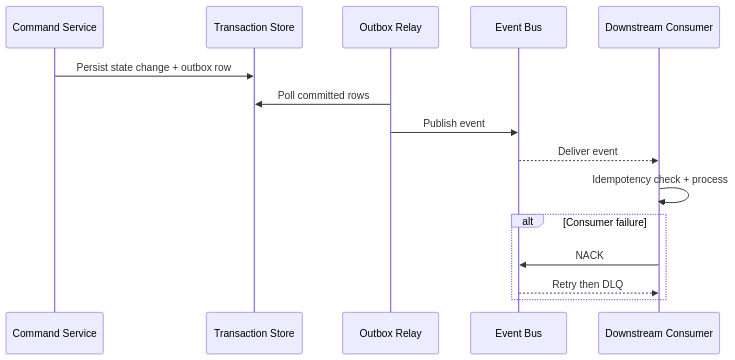
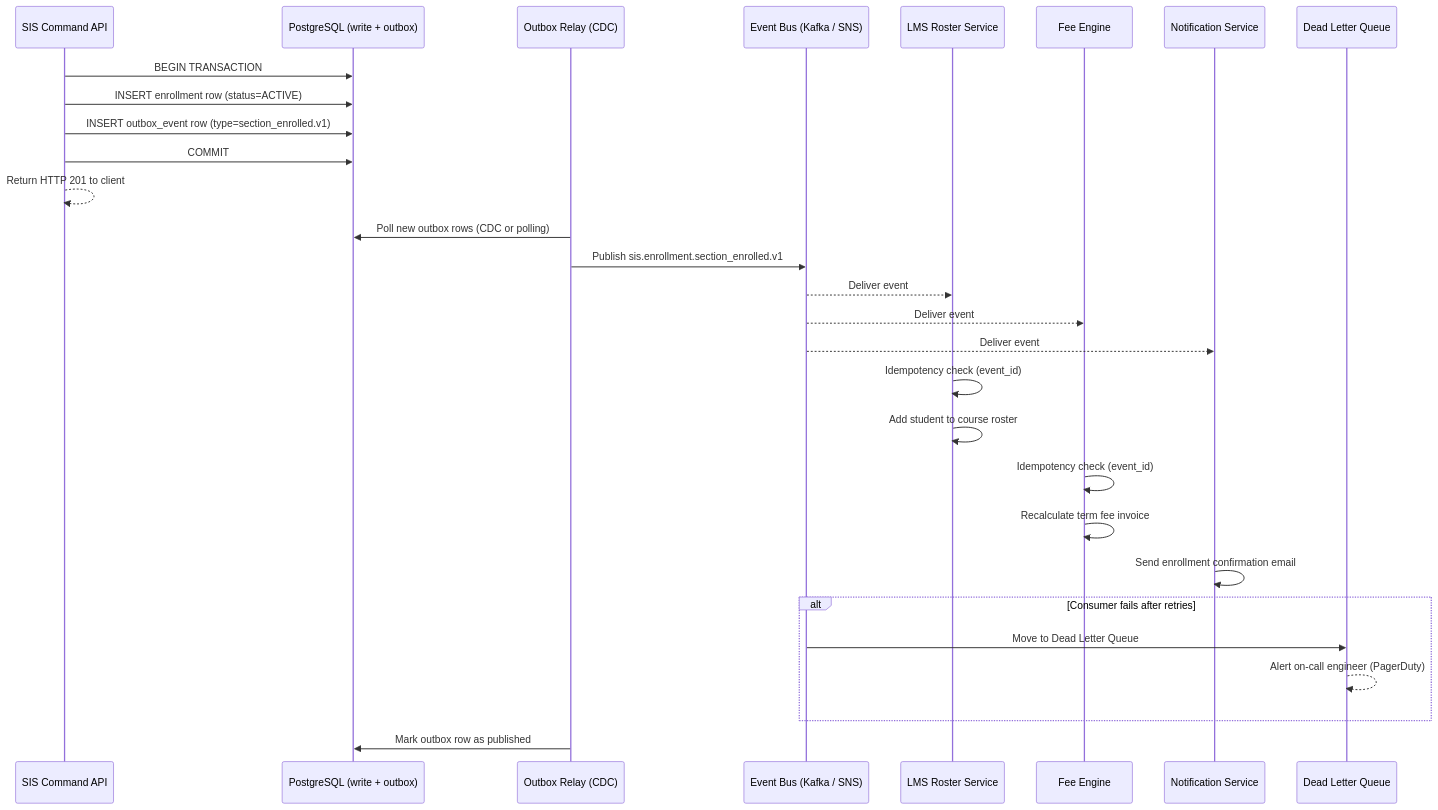
One commit to 0Ankit0/Project-Ideas changed the first of 2 diagrams in Student Information System/analysis/event-catalog.md. Above: the diagram before and after it, drawn with Mermaid. The commit also changed other lines of this file and 3 other files, not shown here.

````diff
--- a/Student Information System/analysis/event-catalog.md
+++ b/Student Information System/analysis/event-catalog.md
@@ -21,17 +140,38 @@
 ```mermaid
 sequenceDiagram
-    participant API as Command Service
-    participant DB as Transaction Store
-    participant Outbox as Outbox Relay
-    participant Bus as Event Bus
-    participant Consumer as Downstream Consumer
-    API->>DB: Persist state change + outbox row
-    Outbox->>DB: Poll committed rows
-    Outbox->>Bus: Publish event
-    Bus-->>Consumer: Deliver event
-    Consumer->>Consumer: Idempotency check + process
-    alt Consumer failure
-        Consumer->>Bus: NACK
-        Bus-->>Consumer: Retry then DLQ
+    participant API as SIS Command API
+    participant DB as PostgreSQL (write + outbox)
+    participant Relay as Outbox Relay (CDC)
+    participant Bus as Event Bus (Kafka / SNS)
+    participant LMS as LMS Roster Service
+    participant Fee as Fee Engine
+    participant Notif as Notification Service
+    participant DLQ as Dead Letter Queue
+
+    API->>DB: BEGIN TRANSACTION
+    API->>DB: INSERT enrollment row (status=ACTIVE)
+    API->>DB: INSERT outbox_event row (type=section_enrolled.v1)
+    API->>DB: COMMIT
+    API-->>API: Return HTTP 201 to client
+
+    Relay->>DB: Poll new outbox rows (CDC or polling)
+    Relay->>Bus: Publish sis.enrollment.section_enrolled.v1
+    Bus-->>LMS: Deliver event
+    Bus-->>Fee: Deliver event
+    Bus-->>Notif: Deliver event
+
+    LMS->>LMS: Idempotency check (event_id)
+    LMS->>LMS: Add student to course roster
+
+    Fee->>Fee: Idempotency check (event_id)
+    Fee->>Fee: Recalculate term fee invoice
+
+    Notif->>Notif: Send enrollment confirmation email
+
+    alt Consumer fails after retries
+        Bus->>DLQ: Move to Dead Letter Queue
+        DLQ-->>DLQ: Alert on-call engineer (PagerDuty)
     end
+
+    Relay->>DB: Mark outbox row as published
 ```
````
